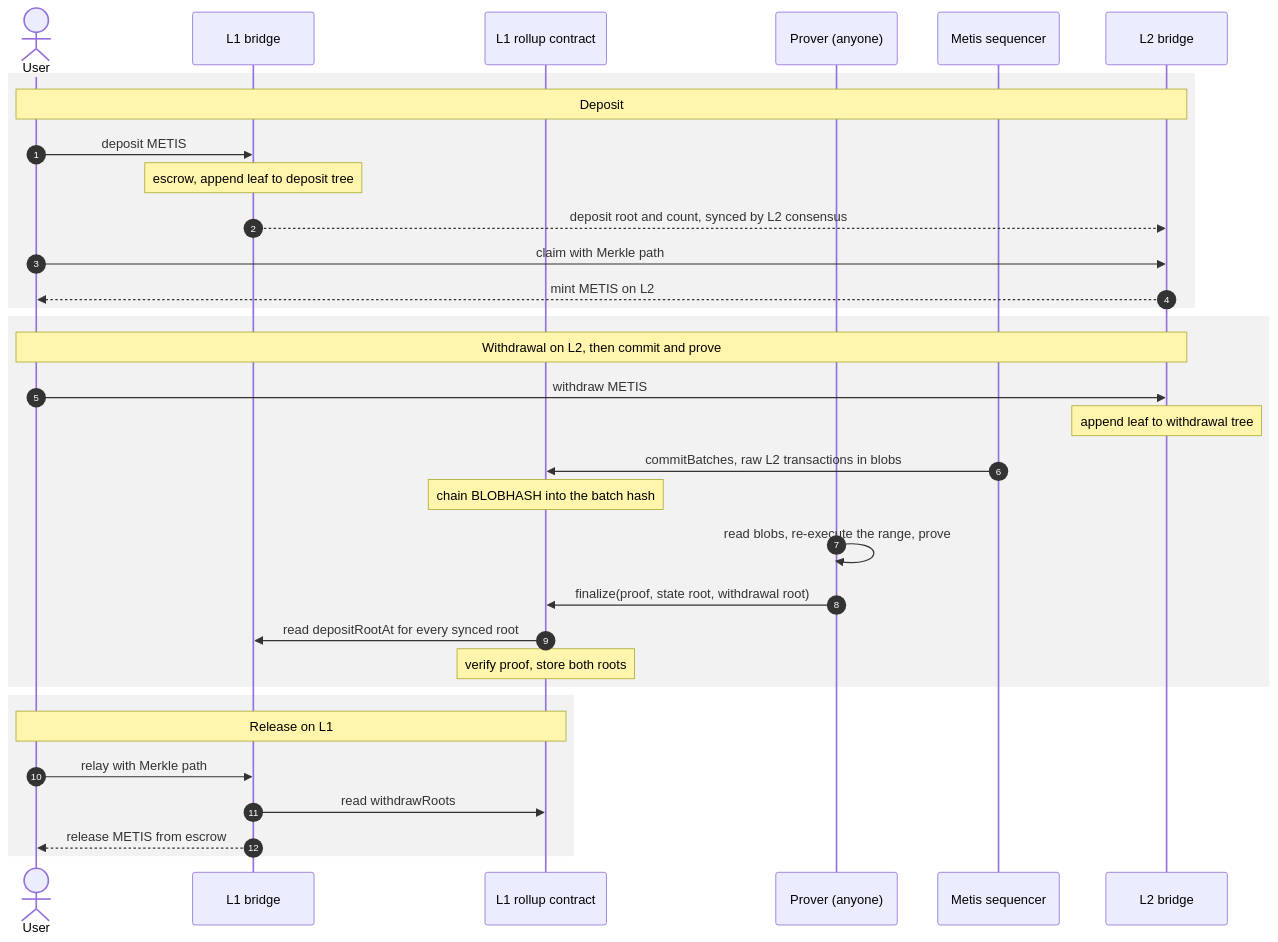
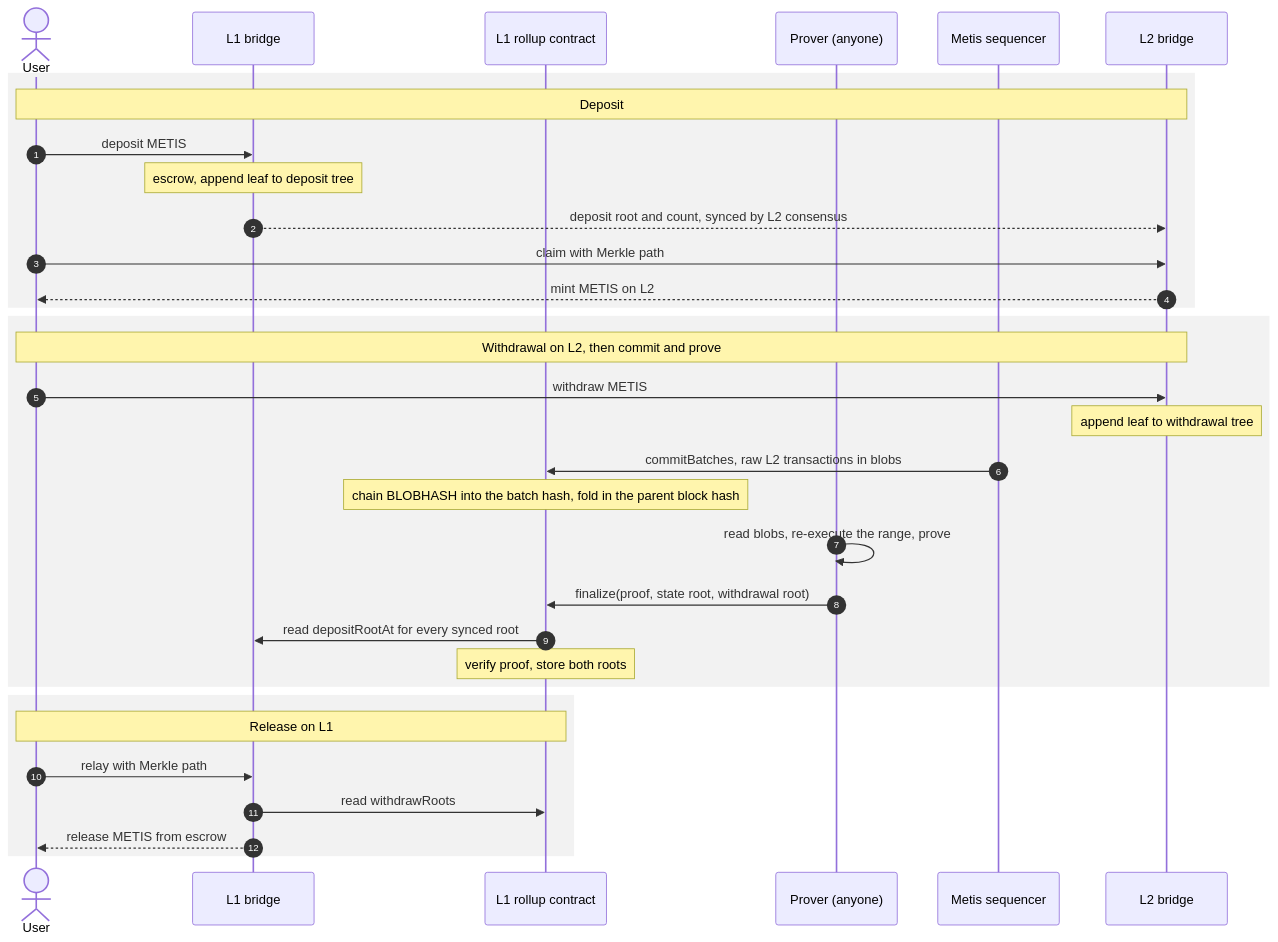
The diagram in docs/bridge.md (ProjectZKM/OPSuccinct), drawn with Mermaid before and after one commit. The commit also changed other lines of this file, not shown here.

First line of the commit message:
docs(bridge): anchor L1 origin headers to the commit's parent block hash

````diff
--- a/docs/bridge.md
+++ b/docs/bridge.md
@@ -20,38 +20,38 @@
 ```mermaid
 sequenceDiagram
     autonumber
     actor U as User
     participant B1 as L1 bridge
     participant R as L1 rollup contract
     participant P as Prover (anyone)
     participant S as Metis sequencer
     participant B2 as L2 bridge
 
     rect rgba(127, 127, 127, 0.1)
     Note over U,B2: Deposit
     U->>B1: deposit METIS
     Note over B1: escrow, append leaf to deposit tree
     B1-->>B2: deposit root and count, synced by L2 consensus
     U->>B2: claim with Merkle path
     B2-->>U: mint METIS on L2
     end
 
     rect rgba(127, 127, 127, 0.1)
     Note over U,B2: Withdrawal on L2, then commit and prove
     U->>B2: withdraw METIS
     Note over B2: append leaf to withdrawal tree
     S->>R: commitBatches, raw L2 transactions in blobs
-    Note over R: chain BLOBHASH into the batch hash
+    Note over R: chain BLOBHASH into the batch hash, fold in the parent block hash
     P->>P: read blobs, re-execute the range, prove
     P->>R: finalize(proof, state root, withdrawal root)
     R->>B1: read depositRootAt for every synced root
     Note over R: verify proof, store both roots
     end
 
     rect rgba(127, 127, 127, 0.1)
     Note over U,R: Release on L1
     U->>B1: relay with Merkle path
     B1->>R: read withdrawRoots
     B1-->>U: release METIS from escrow
     end
 ```
````
